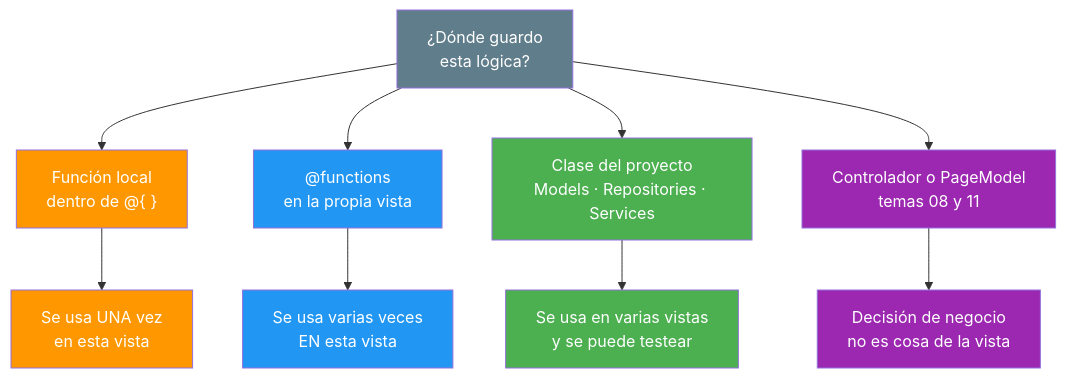
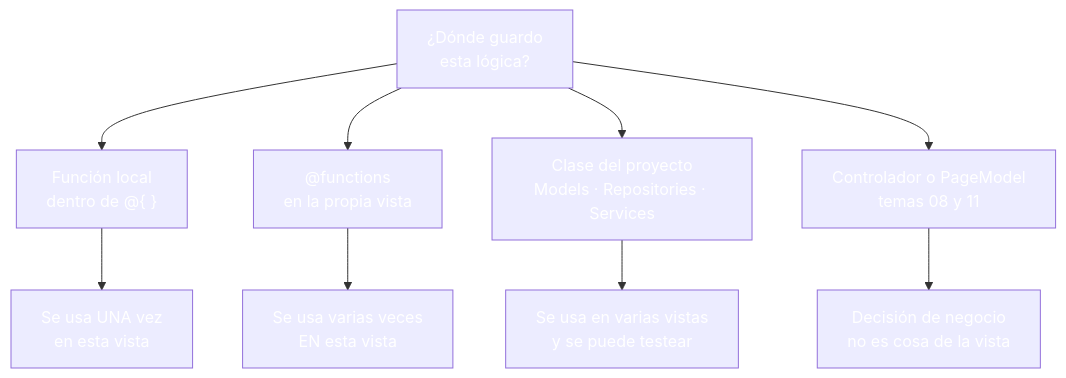
One commit to joseluisgs/DesarrolloWebEntornosServidor-03-2026-2027 changed the first of 4 diagrams in 04-funciones-metodos.md. Above: the diagram before and after it, drawn with Mermaid. The commit also changed other lines of this file and 30 other files, not shown here.

````diff
--- a/04-funciones-metodos.md
+++ b/04-funciones-metodos.md
@@ -107,22 +107,22 @@
 ```mermaid
 graph TD
     A["¿Dónde guardo<br/>esta lógica?"] --> B["Función local<br/>dentro de @{ }"]
     A --> C["@functions<br/>en la propia vista"]
     A --> D["Clase del proyecto<br/>Models · Repositories · Services"]
     A --> E["Controlador o PageModel<br/>temas 08 y 11"]
 
     B --> B1["Se usa UNA vez<br/>en esta vista"]
     C --> C1["Se usa varias veces<br/>EN esta vista"]
     D --> D1["Se usa en varias vistas<br/>y se puede testear"]
     E --> E1["Decisión de negocio<br/>no es cosa de la vista"]
 
-    style A fill:#607D8B,color:#fff
-    style B fill:#FF9800,color:#fff
-    style C fill:#2196F3,color:#fff
-    style D fill:#4CAF50,color:#fff
-    style E fill:#9C27B0,color:#fff
-    style B1 fill:#FF9800,color:#fff
-    style C1 fill:#2196F3,color:#fff
-    style D1 fill:#4CAF50,color:#fff
-    style E1 fill:#9C27B0,color:#fff
+    style A fill:#607D8,color:#fffB,color:#fff
+    style B fill:#FF980,color:#fff0,color:#fff
+    style C fill:#2196F,color:#fff3,color:#fff
+    style D fill:#4CAF5,color:#fff0,color:#fff
+    style E fill:#9C27B,color:#fff0,color:#fff
+    style B1 fill:#FF980,color:#fff0,color:#fff
+    style C1 fill:#2196F,color:#fff3,color:#fff
+    style D1 fill:#4CAF5,color:#fff0,color:#fff
+    style E1 fill:#9C27B,color:#fff0,color:#fff
 ```
````
